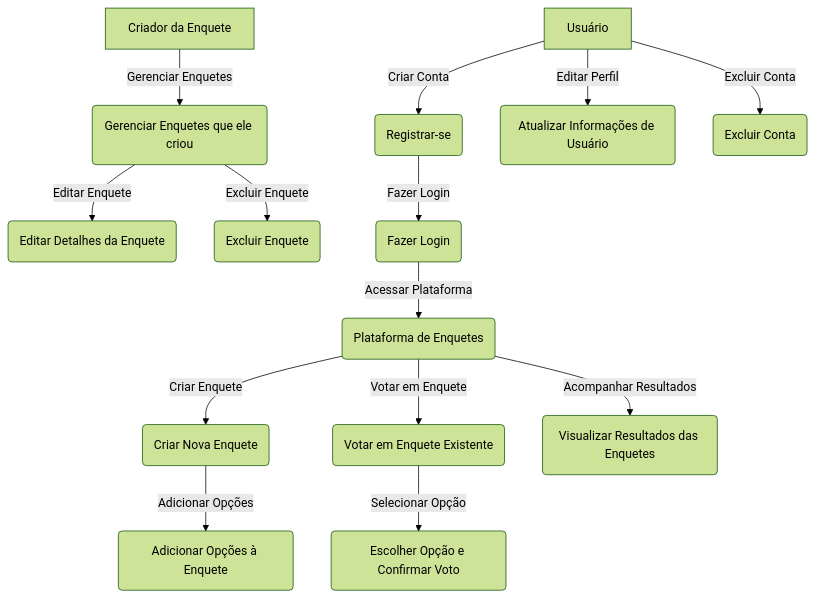
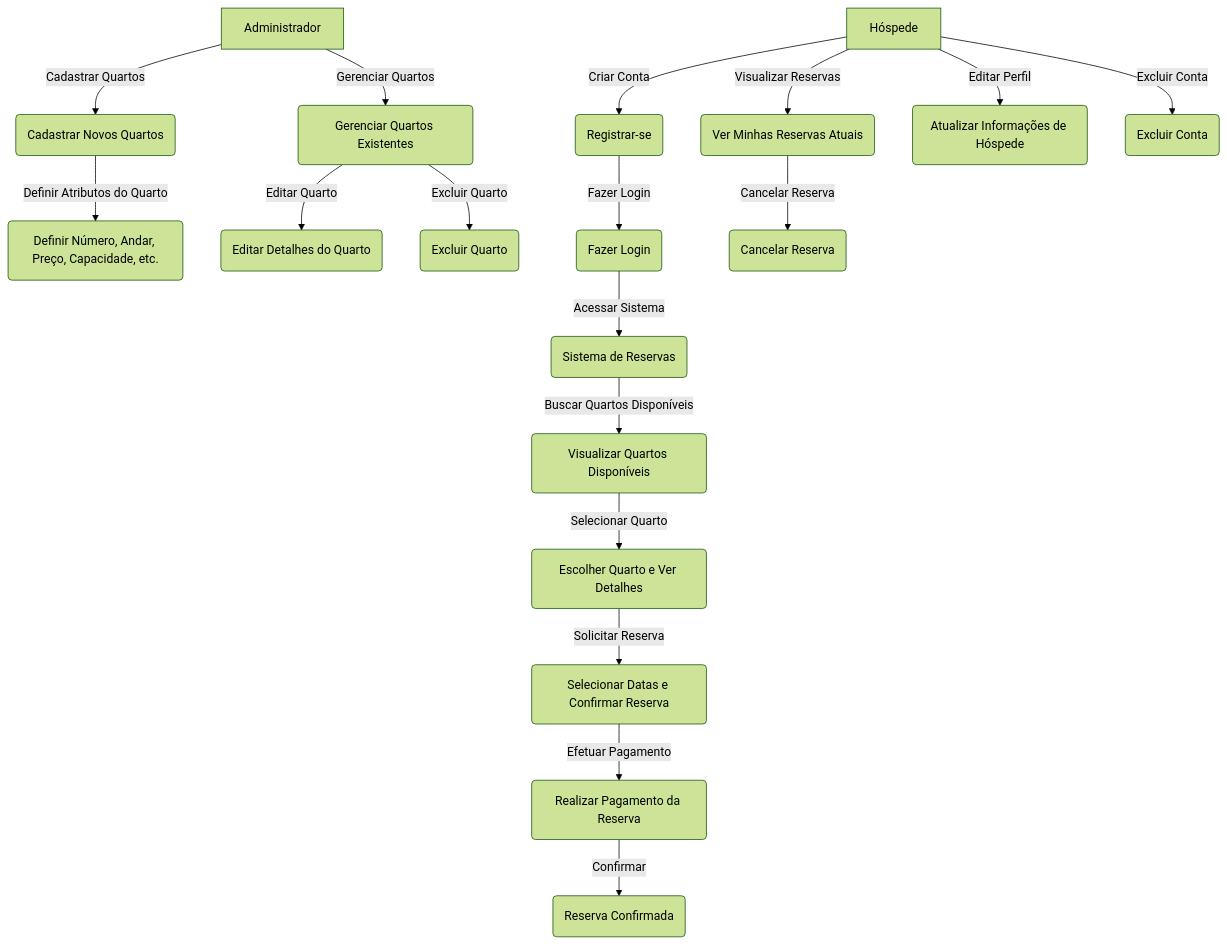
Before and after one commit to epicestudar/Hostly-java-interface: the second of 3 diagrams in README.md, drawn with Mermaid (forest theme). The commit also changed other lines of this file, not shown here.

````diff
--- a/README.md
+++ b/README.md
@@ -136,22 +136,28 @@
 ```mermaid
 flowchart TD
-    U[Usuário] -->|Criar Conta| A(Registrar-se)
+    H[Hóspede] -->|Criar Conta| A(Registrar-se)
     A -->|Fazer Login| B(Fazer Login)
-    B -->|Acessar Plataforma| C(Plataforma de Enquetes)
+    B -->|Acessar Sistema| C(Sistema de Reservas)
+
+    C -->|Buscar Quartos Disponíveis| D(Visualizar Quartos Disponíveis)
+    D -->|Selecionar Quarto| E(Escolher Quarto e Ver Detalhes)
+    E -->|Solicitar Reserva| F(Selecionar Datas e Confirmar Reserva)
     
-    C -->|Criar Enquete| D(Criar Nova Enquete)
-    D -->|Adicionar Opções| E(Adicionar Opções à Enquete)
+    F -->|Efetuar Pagamento| G(Realizar Pagamento da Reserva)
+    G -->|Confirmar| H2(Reserva Confirmada)
+
+    A2[Administrador] -->|Cadastrar Quartos| J(Cadastrar Novos Quartos)
+    J -->|Definir Atributos do Quarto| K(Definir Número, Andar, Preço, Capacidade, etc.)
     
-    C -->|Votar em Enquete| F(Votar em Enquete Existente)
-    F -->|Selecionar Opção| G(Escolher Opção e Confirmar Voto)
+    A2 -->|Gerenciar Quartos| L(Gerenciar Quartos Existentes)
+    L -->|Editar Quarto| M(Editar Detalhes do Quarto)
+    L -->|Excluir Quarto| N(Excluir Quarto)
+
+    H -->|Visualizar Reservas| O(Ver Minhas Reservas Atuais)
+    O -->|Cancelar Reserva| P(Cancelar Reserva)
     
-    C -->|Acompanhar Resultados| H(Visualizar Resultados das Enquetes)
-    
-    I[Criador da Enquete] -->|Gerenciar Enquetes| J(Gerenciar Enquetes que ele criou)
-    J -->|Editar Enquete| K(Editar Detalhes da Enquete)
-    J -->|Excluir Enquete| L(Excluir Enquete)
-    
-    U -->|Editar Perfil| M(Atualizar Informações de Usuário)
-    U -->|Excluir Conta| N(Excluir Conta)
+    H -->|Editar Perfil| Q(Atualizar Informações de Hóspede)
+    H -->|Excluir Conta| R(Excluir Conta)
+
 
 ```
````
